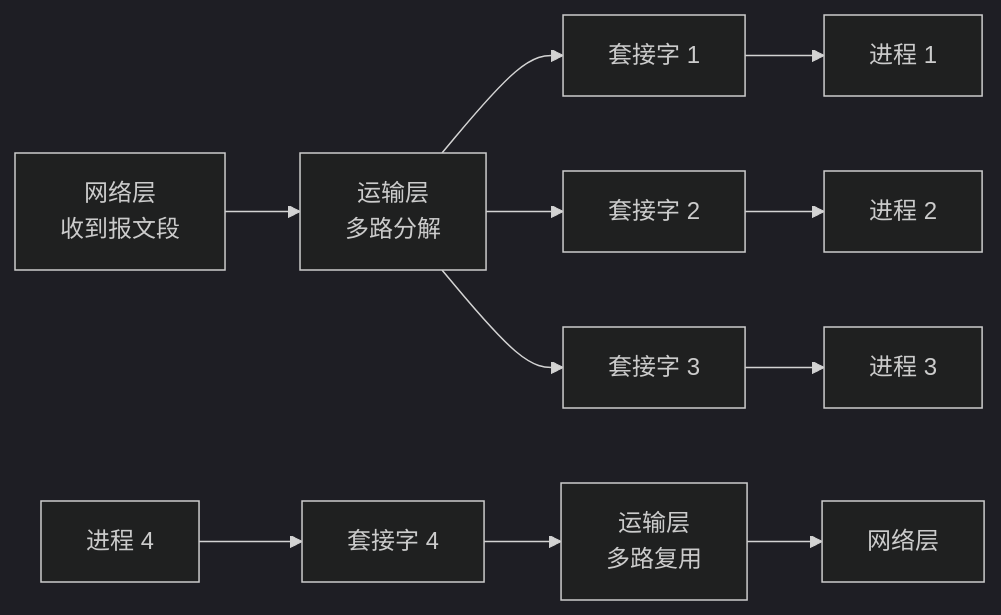
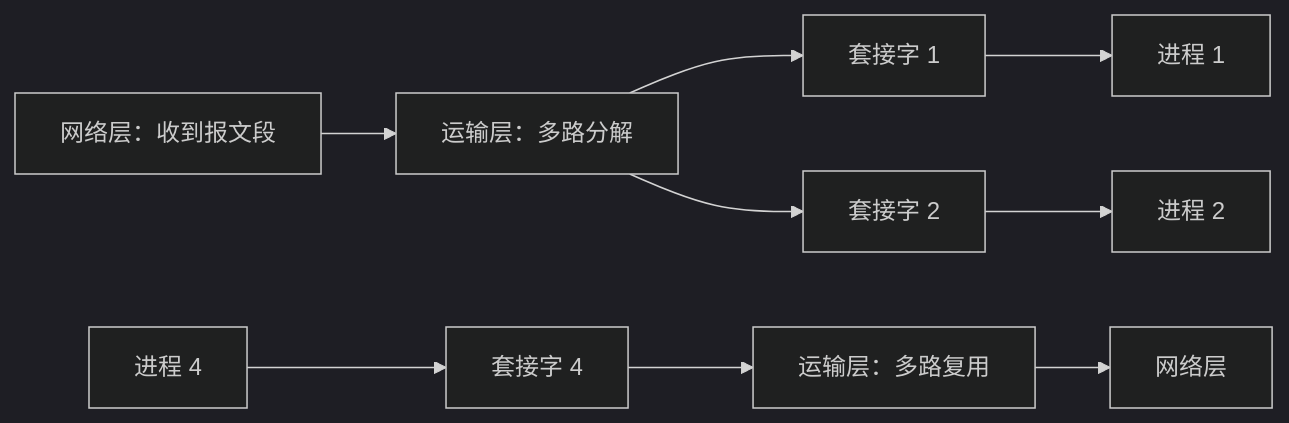
The third of 28 diagrams in src/content/posts/运输层.md (Meer-Matze/Meer-Matze.github.io), drawn with Mermaid (dark theme) before and after one commit. The commit also changed other lines of this file and 1 other file, not shown here.

````diff
--- a/src/content/posts/运输层.md
+++ b/src/content/posts/运输层.md
@@ -154,9 +140,7 @@
 ```mermaid
 flowchart LR
-    N["网络层<br/>收到报文段"] --> T["运输层<br/>多路分解"]
+    N["网络层：收到报文段"] --> T["运输层：多路分解"]
     T --> S1["套接字 1"] --> P1["进程 1"]
     T --> S2["套接字 2"] --> P2["进程 2"]
-    T --> S3["套接字 3"] --> P3["进程 3"]
-
-    P4["进程 4"] --> S4["套接字 4"] --> T2["运输层<br/>多路复用"] --> N2["网络层"]
+    P4["进程 4"] --> S4["套接字 4"] --> T2["运输层：多路复用"] --> N2["网络层"]
 ```
````
